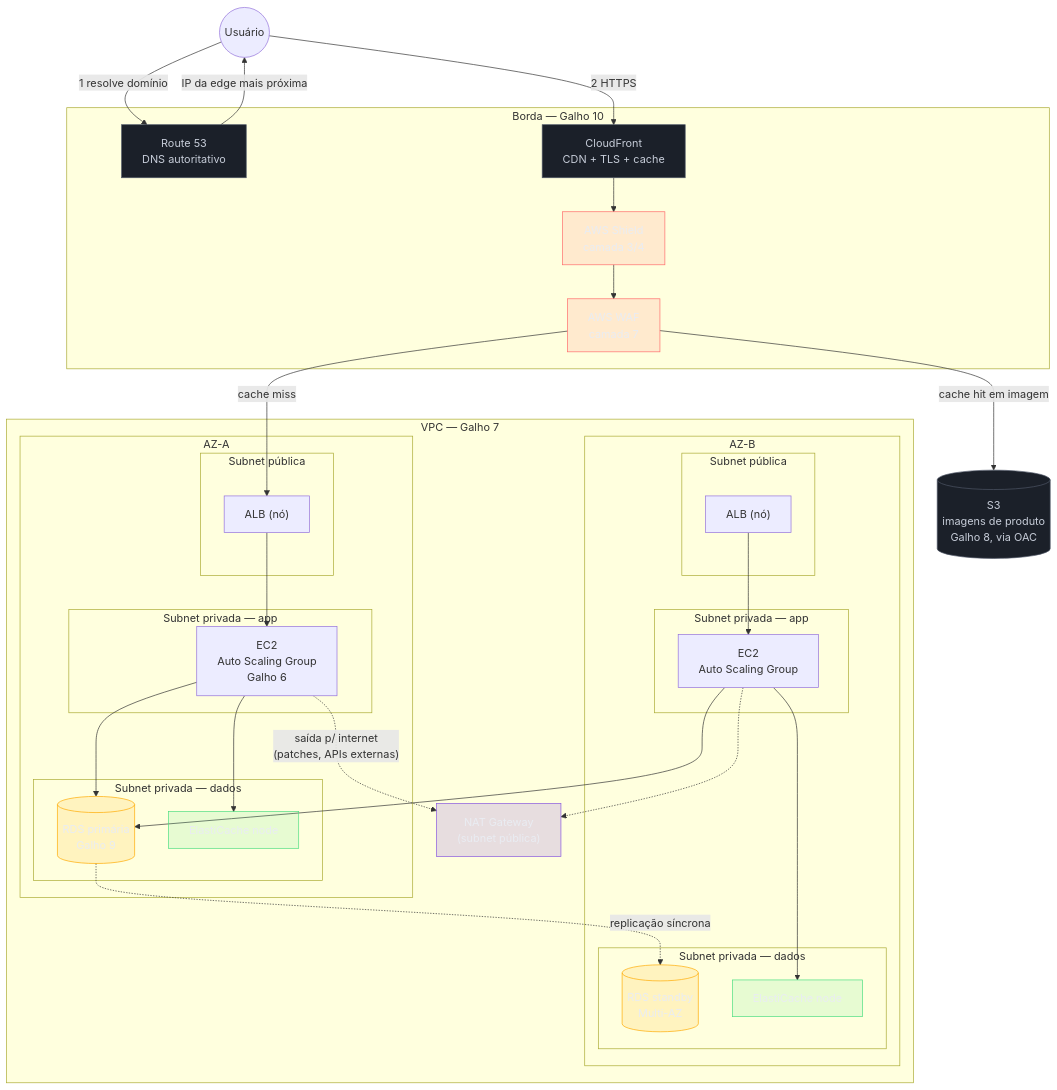
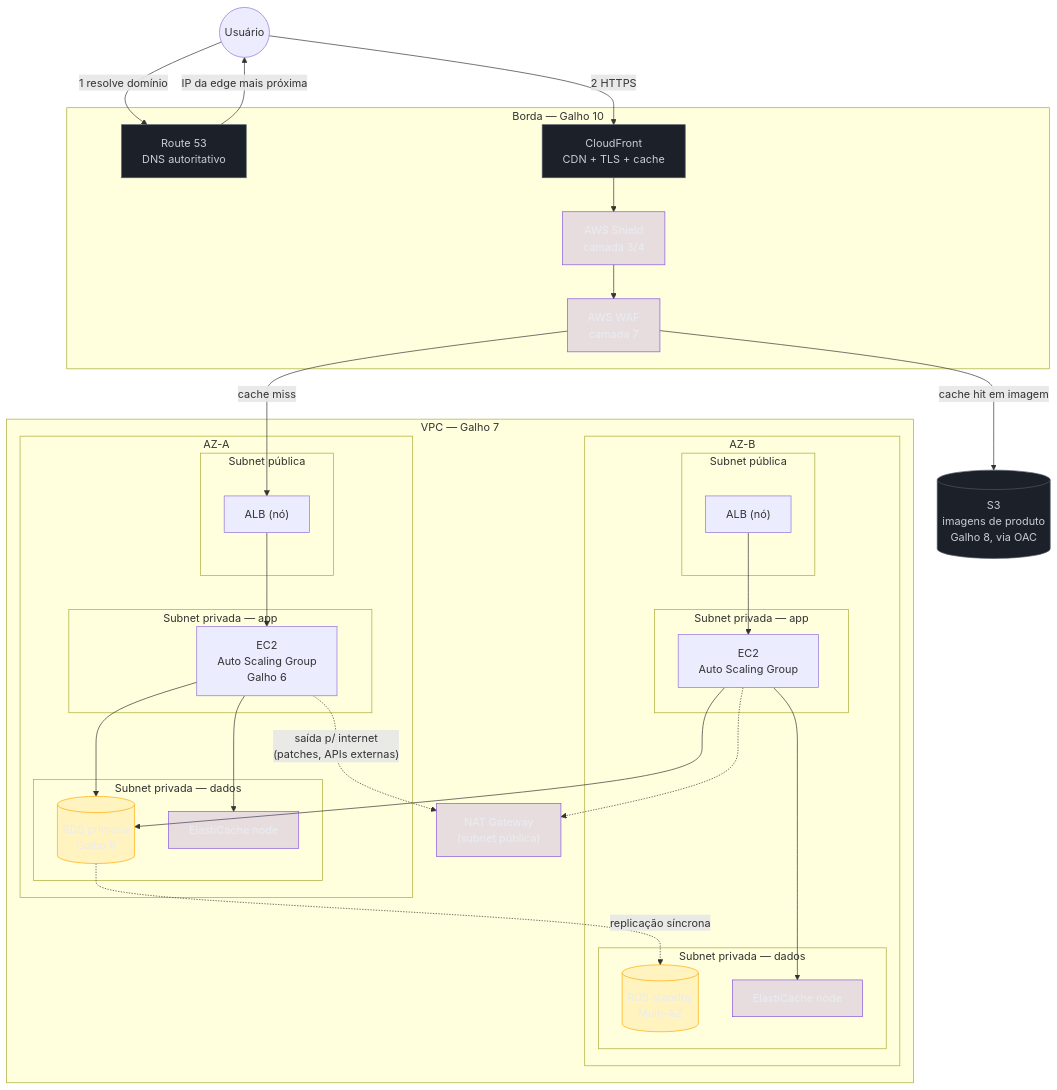
The first of 3 diagrams in 03-Dominios/Tecnologia/Cloud/10 - DNS, CDN e borda/06 - Arquitetura ponta a ponta (capstone do Bloco 2).md (josenaldo/codex-technomanticus), drawn with Mermaid before and after one commit. The commit also changed other lines of this file and 601 other files, not shown here.

````diff
--- a/03-Dominios/Tecnologia/Cloud/10 - DNS, CDN e borda/06 - Arquitetura ponta a ponta (capstone do Bloco 2).md
+++ b/03-Dominios/Tecnologia/Cloud/10 - DNS, CDN e borda/06 - Arquitetura ponta a ponta (capstone do Bloco 2).md
@@ -30,73 +30,71 @@
 ```mermaid
 flowchart TB
     classDef neutro fill:#1B2029,stroke:#4E5666,color:#C6CCD8
-    classDef falha fill:#FF6B6B24,stroke:#FF6B6B,color:#E9ECF2
     classDef destaque fill:#FFAA0024,stroke:#FFAA00,color:#E9ECF2
-    classDef ok fill:#4ADE8021,stroke:#4ADE80,color:#E9ECF2
     classDef marca fill:#8855DF33,stroke:#8855DF,color:#E9ECF2
     User(("Usuário"))
 
     subgraph Borda["Borda — Galho 10"]
         R53["Route 53<br/>DNS autoritativo"]
         CF["CloudFront<br/>CDN + TLS + cache"]
         WAF["AWS WAF<br/>camada 7"]
         Shield["AWS Shield<br/>camada 3/4"]
     end
 
     subgraph VPC["VPC — Galho 7"]
         subgraph AZa["AZ-A"]
             subgraph PubA["Subnet pública"]
                 ALBa["ALB (nó)"]
             end
             subgraph PrivAa["Subnet privada — app"]
                 EC2a["EC2<br/>Auto Scaling Group<br/>Galho 6"]
             end
             subgraph PrivDa["Subnet privada — dados"]
                 RDSPrim[("RDS primária<br/>Galho 9")]
                 Cachea["ElastiCache node"]
             end
         end
         subgraph AZb["AZ-B"]
             subgraph PubB["Subnet pública"]
                 ALBb["ALB (nó)"]
             end
             subgraph PrivAb["Subnet privada — app"]
                 EC2b["EC2<br/>Auto Scaling Group"]
             end
             subgraph PrivDb["Subnet privada — dados"]
                 RDSStandby[("RDS standby<br/>Multi-AZ")]
                 Cacheb["ElastiCache node"]
             end
         end
         NAT["NAT Gateway<br/>(subnet pública)"]
     end
 
     S3[("S3<br/>imagens de produto<br/>Galho 8, via OAC")]
 
     User -->|"1 resolve domínio"| R53
     R53 -->|"IP da edge mais próxima"| User
     User -->|"2 HTTPS"| CF
     CF --> Shield --> WAF
     WAF -->|"cache miss"| ALBa
     WAF -->|"cache hit em imagem"| S3
     ALBa --> EC2a
     ALBb --> EC2b
     EC2a --> RDSPrim
     EC2a --> Cachea
     EC2b --> RDSPrim
     EC2b --> Cacheb
     RDSPrim -.->|"replicação síncrona"| RDSStandby
     EC2a -.->|"saída p/ internet<br/>(patches, APIs externas)"| NAT
     EC2b -.-> NAT
 
     class CF neutro
     class R53 neutro
-    class WAF falha
-    class Shield falha
+    class WAF marca
+    class Shield marca
     class RDSPrim destaque
     class RDSStandby destaque
-    class Cachea ok
-    class Cacheb ok
+    class Cachea marca
+    class Cacheb marca
     class S3 neutro
     class NAT marca
 ```
````
